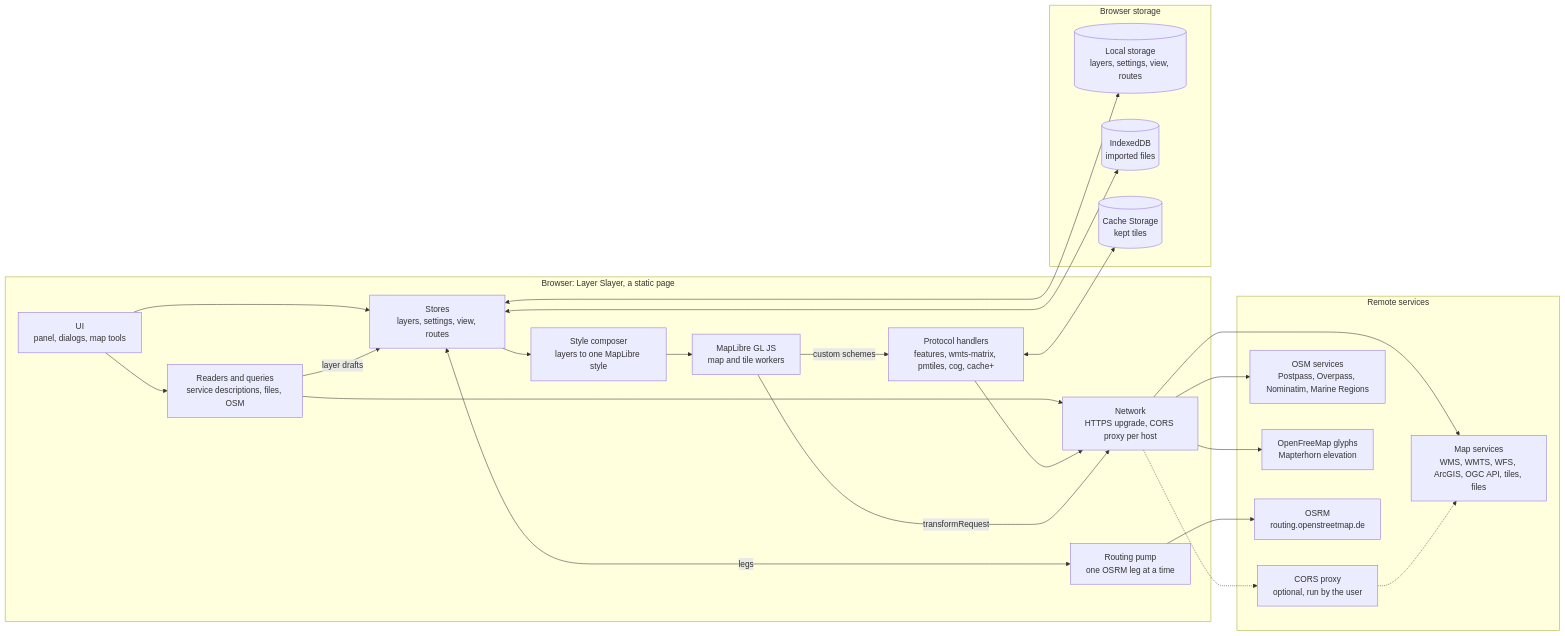
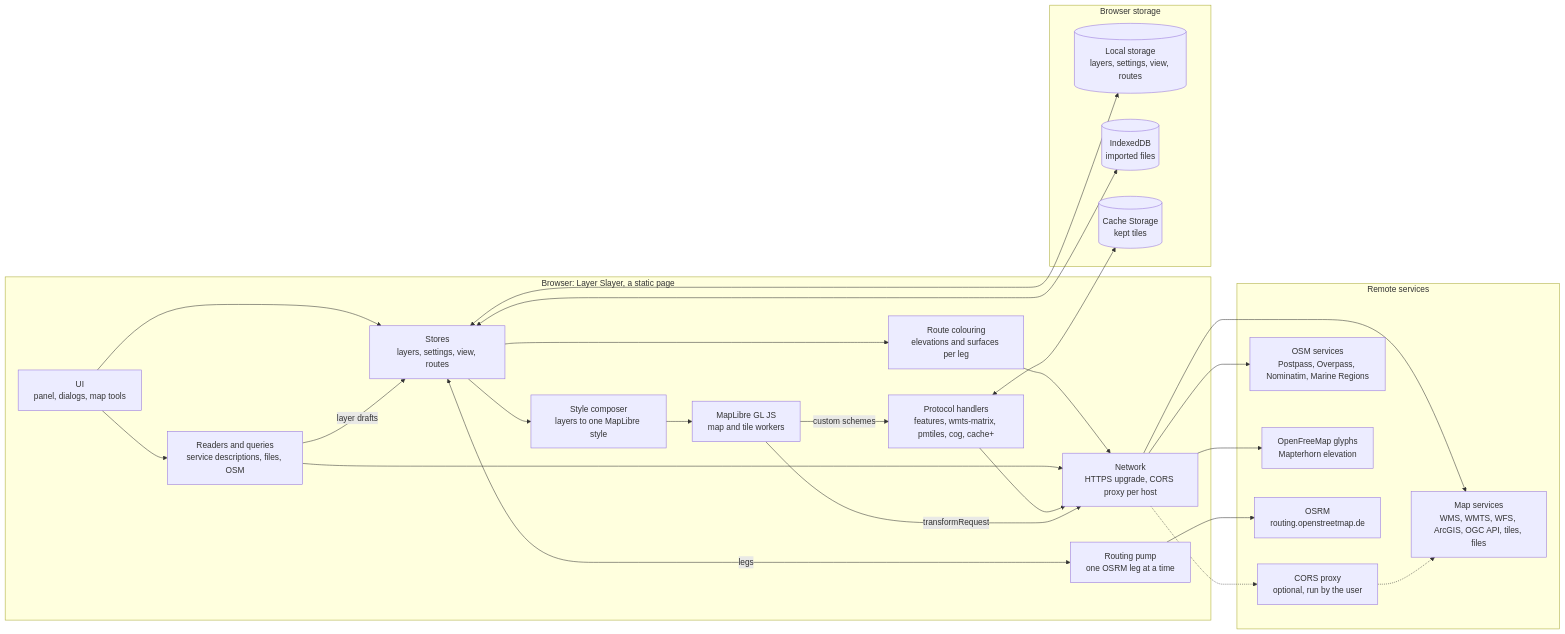
One commit to c0dev0id/LayerSlayer changed the first of 3 diagrams in .github/architecture.md. Above: the diagram before and after it, drawn with Mermaid. The commit also changed other lines of this file and 8 other files, not shown here.

````diff
--- a/.github/architecture.md
+++ b/.github/architecture.md
@@ -8,42 +8,44 @@
 ```mermaid
 flowchart LR
   subgraph app["Browser: Layer Slayer, a static page"]
     ui["UI<br/>panel, dialogs, map tools"]
     stores["Stores<br/>layers, settings, view, routes"]
     readers["Readers and queries<br/>service descriptions, files, OSM"]
     composer["Style composer<br/>layers to one MapLibre style"]
     maplibre["MapLibre GL JS<br/>map and tile workers"]
     protocols["Protocol handlers<br/>features, wmts-matrix, pmtiles, cog, cache+"]
     routing["Routing pump<br/>one OSRM leg at a time"]
+    coloring["Route colouring<br/>elevations and surfaces per leg"]
     net["Network<br/>HTTPS upgrade, CORS proxy per host"]
   end
   subgraph storage["Browser storage"]
     local[("Local storage<br/>layers, settings, view, routes")]
     idb[("IndexedDB<br/>imported files")]
     cache[("Cache Storage<br/>kept tiles")]
   end
   subgraph remote["Remote services"]
     services["Map services<br/>WMS, WMTS, WFS, ArcGIS, OGC API, tiles, files"]
     proxy["CORS proxy<br/>optional, run by the user"]
     osm["OSM services<br/>Postpass, Overpass, Nominatim, Marine Regions"]
     assets["OpenFreeMap glyphs<br/>Mapterhorn elevation"]
     osrm["OSRM<br/>routing.openstreetmap.de"]
   end
   ui --> stores
   ui --> readers
   readers -->|layer drafts| stores
   stores --> composer --> maplibre
   maplibre -->|custom schemes| protocols
   stores <--> local
   stores <--> idb
   protocols <--> cache
   stores <-->|legs| routing
+  stores --> coloring --> net
   readers --> net
   protocols --> net
   maplibre -->|transformRequest| net
   net --> services
   net -.-> proxy -.-> services
   net --> osm
   net --> assets
   routing --> osrm
 ```
````
